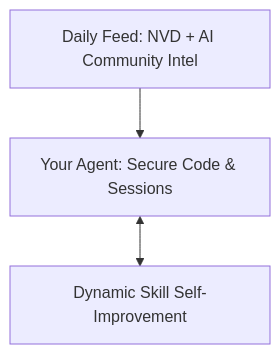
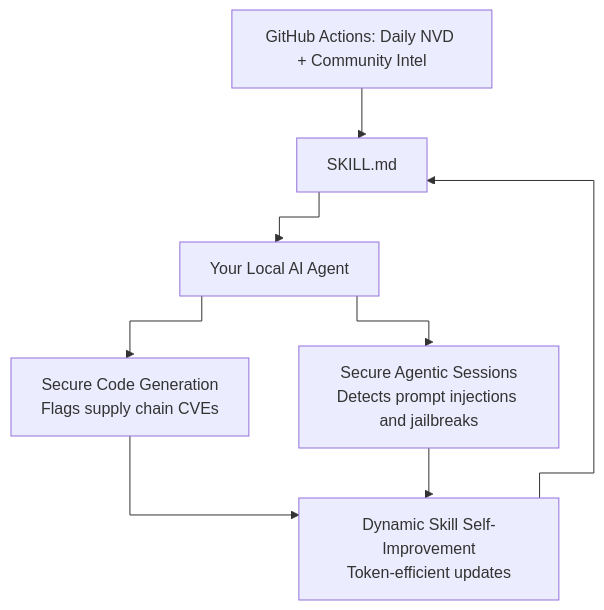
One commit to Priyansh10ff/immunity-agent changed the diagram in README.md. Above: the diagram before and after it, drawn with Mermaid.

Commit message:
docs: Expand and clarify mermaid diagram with full feedback loop

````diff
--- a/README.md
+++ b/README.md
@@ -28,5 +28,18 @@
 ```mermaid
+%%{init: {"flowchart": {"curve": "stepBefore"}}}%%
 flowchart TD
-    A[Daily Feed: NVD + AI Community Intel] --> B[Your Agent: Secure Code & Sessions]
-    B <--> C[Dynamic Skill Self-Improvement]
+    NVD[GitHub Actions: Daily NVD + Community Intel]
+    SKILL[SKILL.md]
+    AGENT[Your Local AI Agent]
+    CODE[Secure Code Generation\nFlags supply chain CVEs]
+    SESSION[Secure Agentic Sessions\nDetects prompt injections and jailbreaks]
+    IMPROVE[Dynamic Skill Self-Improvement\nToken-efficient updates]
+
+    NVD --> SKILL
+    SKILL --> AGENT
+    AGENT --> CODE
+    AGENT --> SESSION
+    CODE --> IMPROVE
+    SESSION --> IMPROVE
+    IMPROVE --> SKILL
 ```
````
